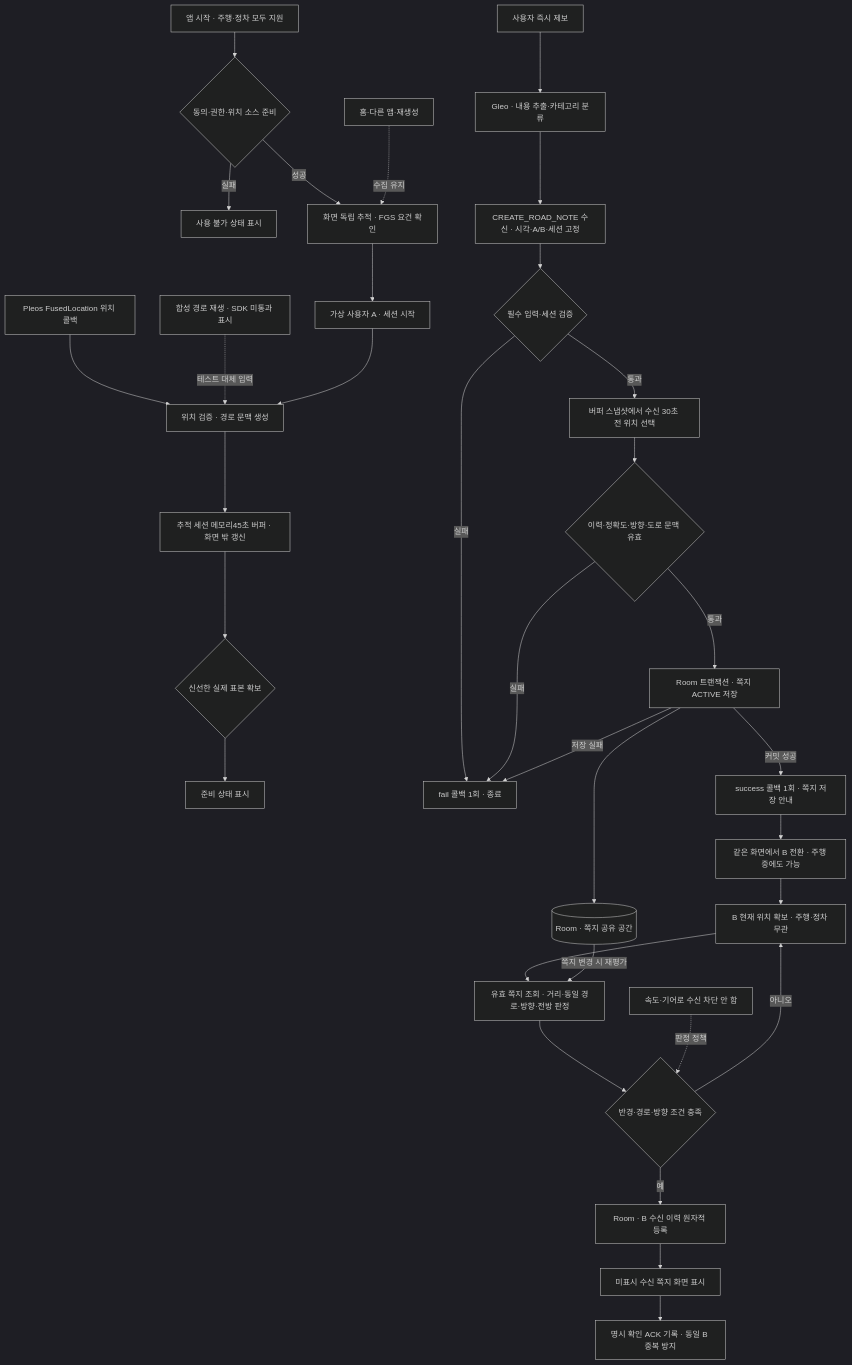
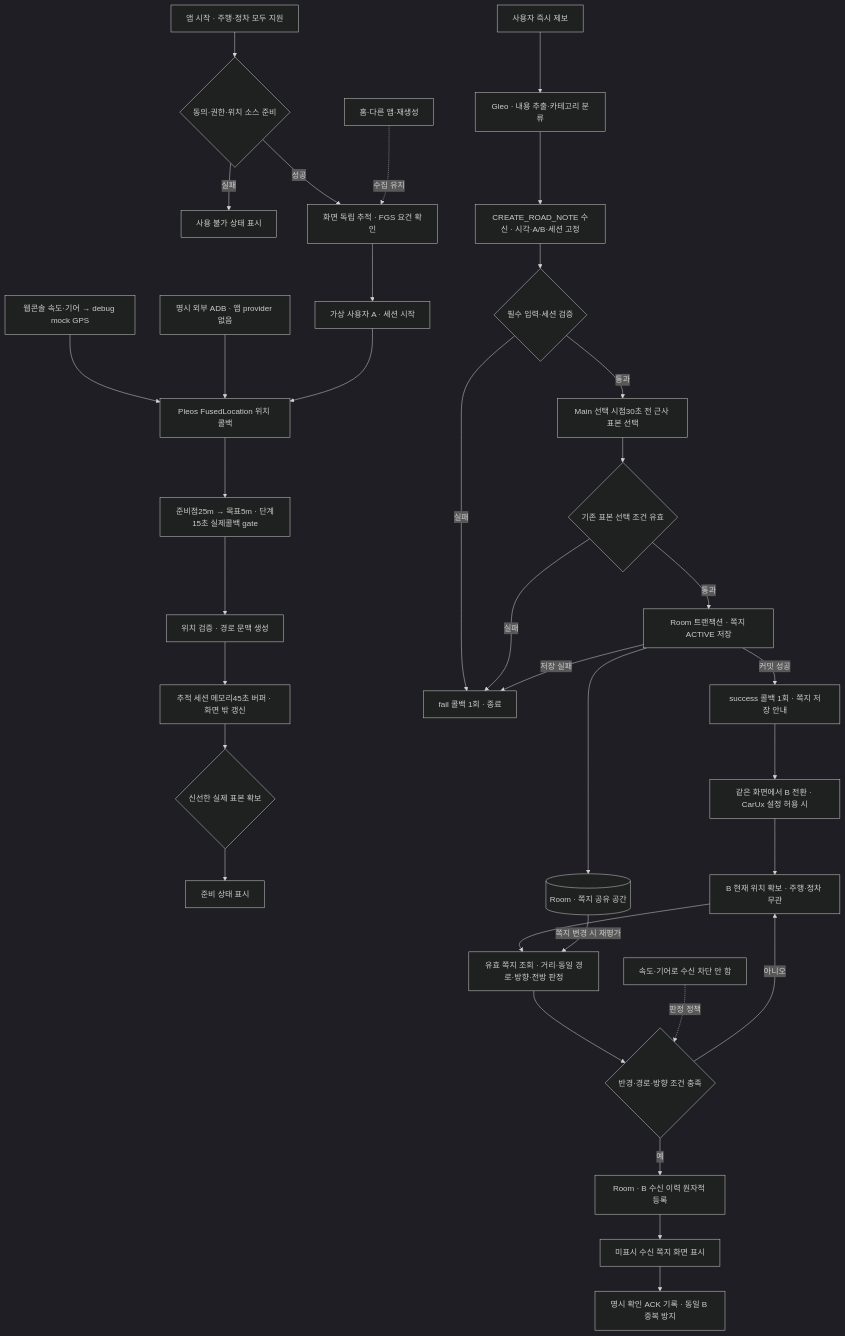
Before and after one commit to jin-kim-240204/hyundai-and-gretel: the diagram in docs/plans/diagrams/prototype-e2e-flow.mmd, drawn with Mermaid (dark theme). The commit also changed 2 other files, not shown here.

```diff
--- a/docs/plans/diagrams/prototype-e2e-flow.mmd
+++ b/docs/plans/diagrams/prototype-e2e-flow.mmd
@@ -1,33 +1,37 @@
 flowchart TD
     Start[앱 시작 · 주행·정차 모두 지원] --> Gate{동의·권한·위치 소스 준비}
     Gate -->|실패| Block[사용 불가 상태 표시]
     Gate -->|성공| Tracking[화면 독립 추적 · FGS 요건 확인]
     Away[홈·다른 앱·재생성] -. 수집 유지 .-> Tracking
     Tracking --> Session[가상 사용자 A · 세션 시작]
-    SDK[Pleos FusedLocation 위치 콜백] --> Source[위치 검증 · 경로 문맥 생성]
-    Replay[합성 경로 재생 · SDK 미통과 표시] -. 테스트 대체 입력 .-> Source
-    Session --> Source
+    SDK[Pleos FusedLocation 위치 콜백]
+    Source[위치 검증 · 경로 문맥 생성]
+    Console[웹콘솔 속도·기어 → debug mock GPS] --> SDK
+    External[명시 외부 ADB · 앱 provider 없음] --> SDK
+    SDK --> CacheGate[준비점25m → 목표5m · 단계15초 실제콜백 gate]
+    CacheGate --> Source
+    Session --> SDK
     Source --> Buffer[추적 세션 메모리45초 버퍼 · 화면 밖 갱신]
     Buffer --> Ready{신선한 실제 표본 확보}
     Ready --> UI[준비 상태 표시]
     Voice[사용자 즉시 제보] --> Gleo[Gleo · 내용 추출·카테고리 분류]
     Gleo --> Receiver[CREATE_ROAD_NOTE 수신 · 시각·A/B·세션 고정]
     Receiver --> Validate{필수 입력·세션 검증}
     Validate -->|실패| Fail[fail 콜백 1회 · 종료]
-    Validate -->|통과| Anchor[버퍼 스냅샷에서 수신 30초 전 위치 선택]
-    Anchor --> Quality{이력·정확도·방향·도로 문맥 유효}
+    Validate -->|통과| Anchor[Main 선택 시점30초 전 근사 표본 선택]
+    Anchor --> Quality{기존 표본 선택 조건 유효}
     Quality -->|실패| Fail
     Quality -->|통과| Tx[Room 트랜잭션 · 쪽지 ACTIVE 저장]
     Tx -->|저장 실패| Fail
     Tx -->|커밋 성공| Success[success 콜백 1회 · 쪽지 저장 안내]
     Tx --> DB[(Room · 쪽지 공유 공간)]
-    Success --> Switch[같은 화면에서 B 전환 · 주행 중에도 가능]
+    Success --> Switch[같은 화면에서 B 전환 · CarUx 설정 허용 시]
     Switch --> B[B 현재 위치 확보 · 주행·정차 무관]
     B --> Matcher[유효 쪽지 조회 · 거리·동일 경로·방향·전방 판정]
     DB -->|쪽지 변경 시 재평가| Matcher
     Matcher --> Match{반경·경로·방향 조건 충족}
     Match -->|아니오| B
     Policy[속도·기어로 수신 차단 안 함] -. 판정 정책 .-> Match
     Match -->|예| Receipt[Room · B 수신 이력 원자적 등록]
     Receipt --> Display[미표시 수신 쪽지 화면 표시]
     Display --> Mark[명시 확인 ACK 기록 · 동일 B 중복 방지]
```
